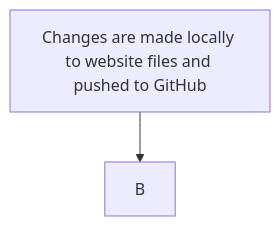
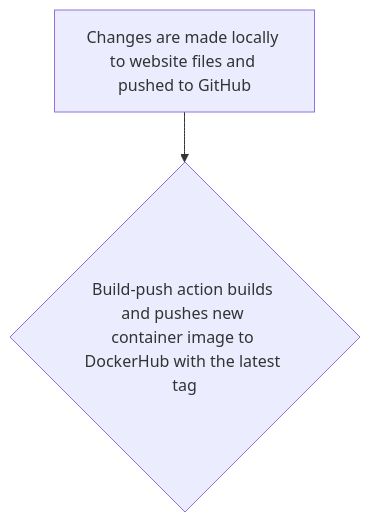
The diagram in README.md (WSU-kduncan/cicd-3120-breeskinner), drawn with Mermaid before and after one commit.

````diff
--- a/README.md
+++ b/README.md
@@ -51,4 +51,4 @@
 ```mermaid
 graph TD;
-    A[Changes are made locally to website files and pushed to GitHub]-->B;
+    A[Changes are made locally to website files and pushed to GitHub]-->B{Build-push action builds and pushes new container image to DockerHub with the latest tag};
 ```
````
